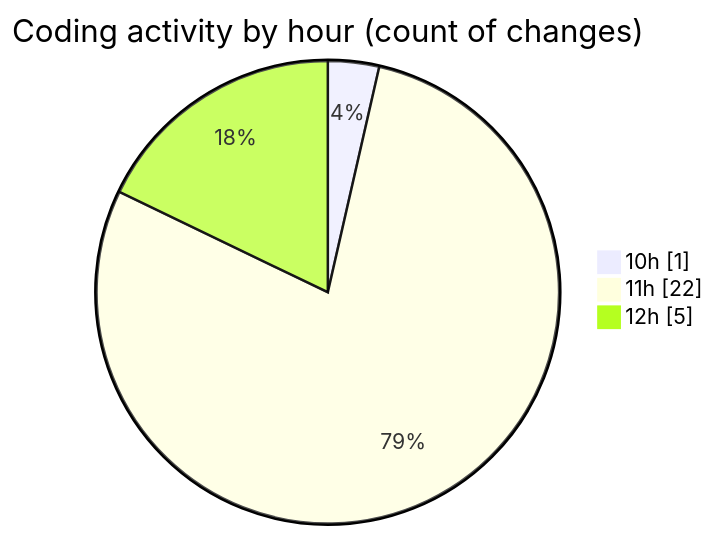
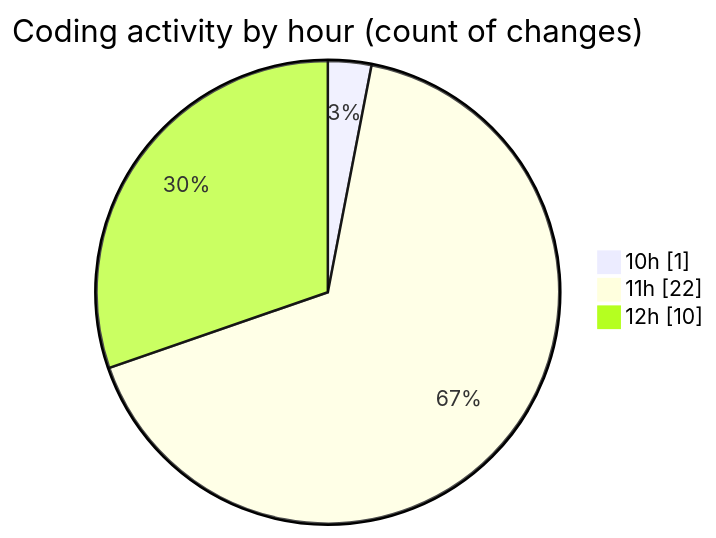
One commit to nxtqubesakshisongat/code-tracking changed the second of 2 diagrams in 2025-07-27/nxtqube_webapp/README.md. Above: the diagram before and after it, drawn with Mermaid. The commit also changed other lines of this file and 1 other file, not shown here.

````diff
--- a/2025-07-27/nxtqube_webapp/README.md
+++ b/2025-07-27/nxtqube_webapp/README.md
@@ -32,7 +33,7 @@
 ```mermaid
 pie showData
 title Coding activity by hour (count of changes)
 "10h" : 1
 "11h" : 22
-"12h" : 5
+"12h" : 10
 ```
````
